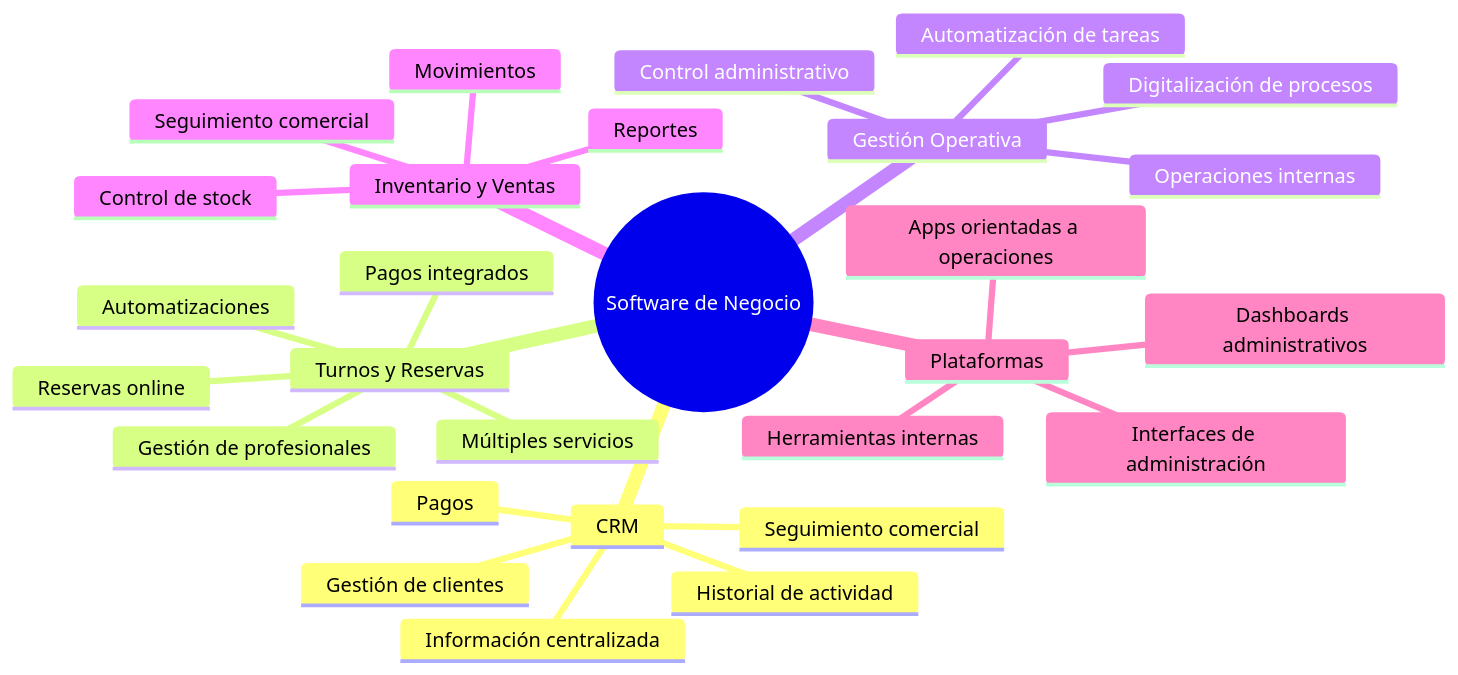
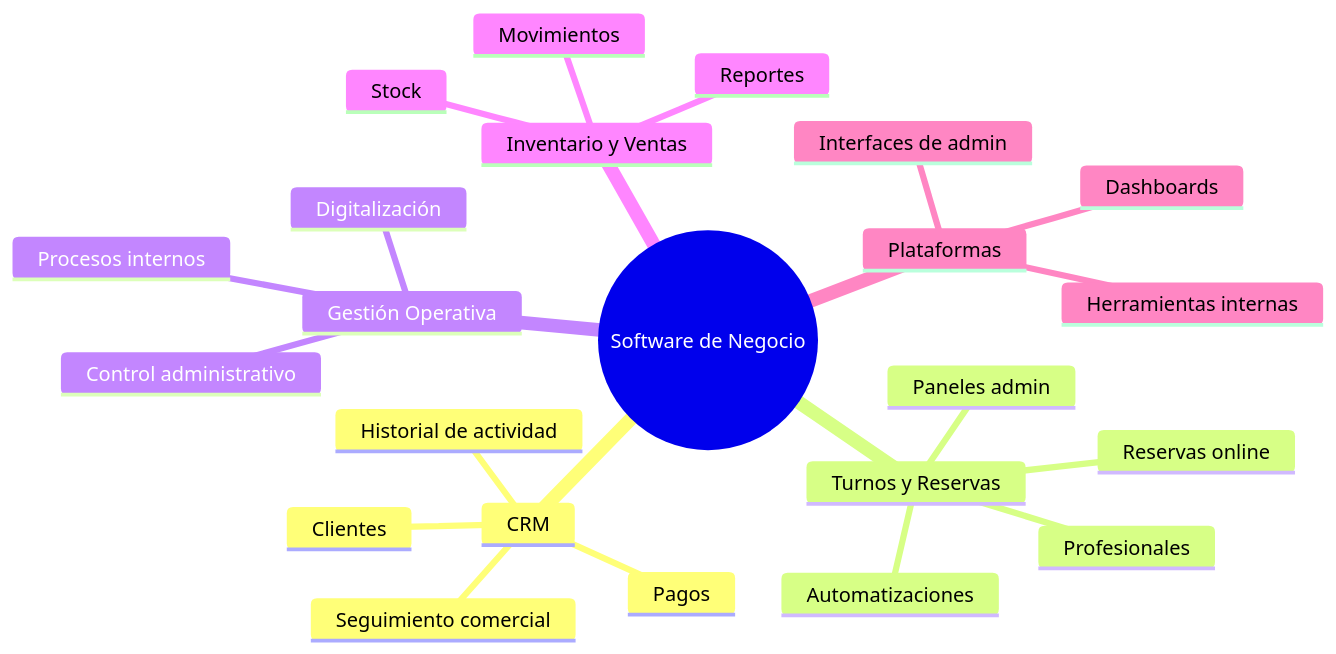
One commit to esquivelfacundo/esquivelfacundo changed the first of 2 diagrams in README.md. Above: the diagram before and after it, drawn with Mermaid. The commit also changed other lines of this file, not shown here.

````diff
--- a/README.md
+++ b/README.md
@@ -31,31 +39,26 @@
 ```mermaid
 mindmap
   root((Software de Negocio))
     CRM
-      Gestión de clientes
+      Clientes
       Historial de actividad
       Seguimiento comercial
       Pagos
-      Información centralizada
     Turnos y Reservas
       Reservas online
-      Gestión de profesionales
-      Múltiples servicios
-      Pagos integrados
+      Profesionales
       Automatizaciones
+      Paneles admin
     Gestión Operativa
-      Operaciones internas
+      Procesos internos
       Control administrativo
-      Digitalización de procesos
-      Automatización de tareas
+      Digitalización
     Inventario y Ventas
-      Control de stock
+      Stock
       Movimientos
       Reportes
-      Seguimiento comercial
     Plataformas
-      Dashboards administrativos
+      Dashboards
       Herramientas internas
-      Interfaces de administración
-      Apps orientadas a operaciones
+      Interfaces de admin
 ```
````
